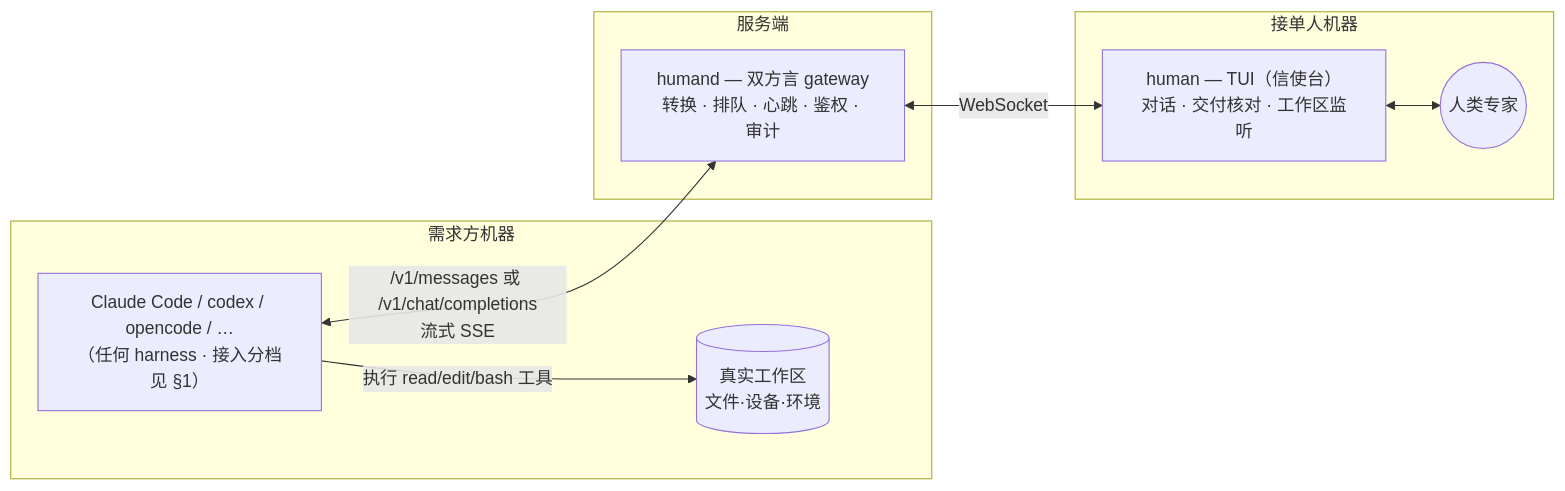
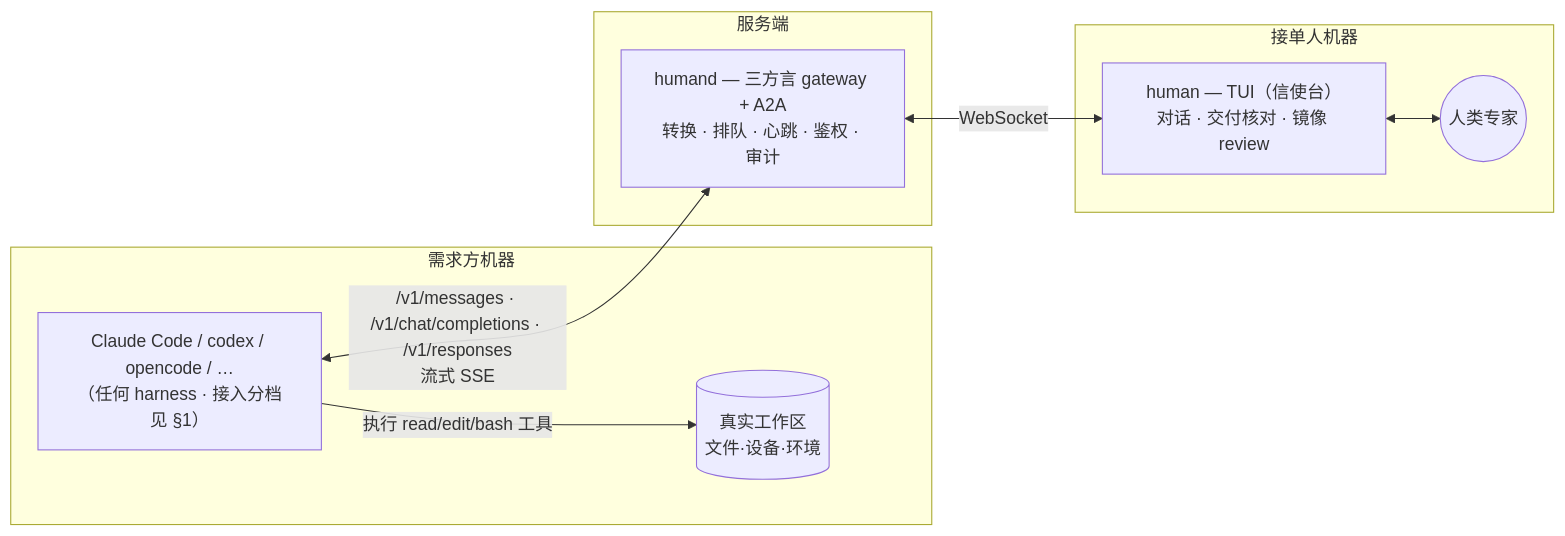
The diagram in README.md (vibe-agi/human), drawn with Mermaid before and after one commit. The commit also changed other lines of this file and 135 other files, not shown here.

````diff
--- a/README.md
+++ b/README.md
@@ -11,18 +11,18 @@
 ```mermaid
 flowchart LR
     subgraph caller["需求方机器"]
         H["Claude Code / codex / opencode / …<br/>（任何 harness · 接入分档见 §1）"]
         FS[("真实工作区<br/>文件·设备·环境")]
         H -->|"执行 read/edit/bash 工具"| FS
     end
     subgraph server["服务端"]
-        G["humand — 双方言 gateway<br/>转换 · 排队 · 心跳 · 鉴权 · 审计"]
+        G["humand — 三方言 gateway + A2A<br/>转换 · 排队 · 心跳 · 鉴权 · 审计"]
     end
     subgraph worker["接单人机器"]
-        T["human — TUI（信使台）<br/>对话 · 交付核对 · 工作区监听"]
+        T["human — TUI（信使台）<br/>对话 · 交付核对 · 镜像 review"]
         P(("人类专家"))
         T <--> P
     end
-    H <-->|"/v1/messages 或 /v1/chat/completions<br/>流式 SSE"| G
+    H <-->|"/v1/messages · /v1/chat/completions · /v1/responses<br/>流式 SSE"| G
     G <-->|WebSocket| T
 ```
````
